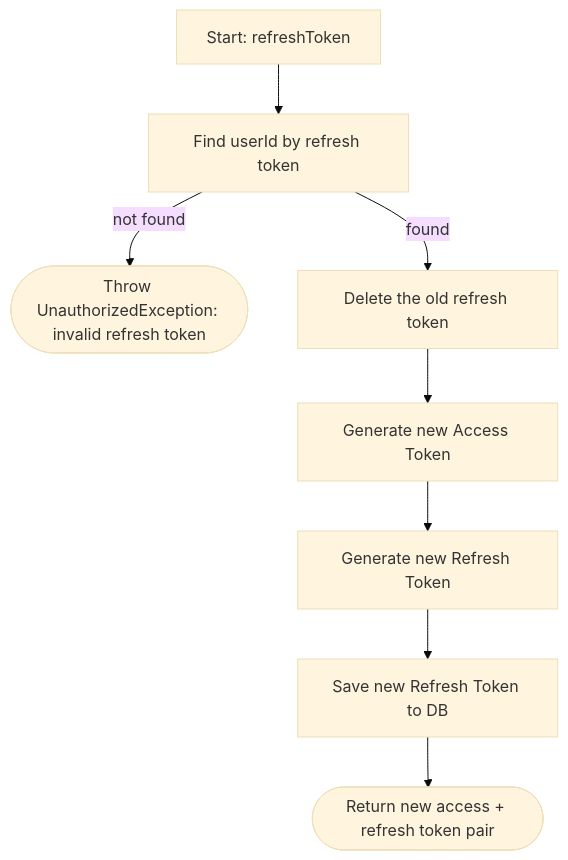
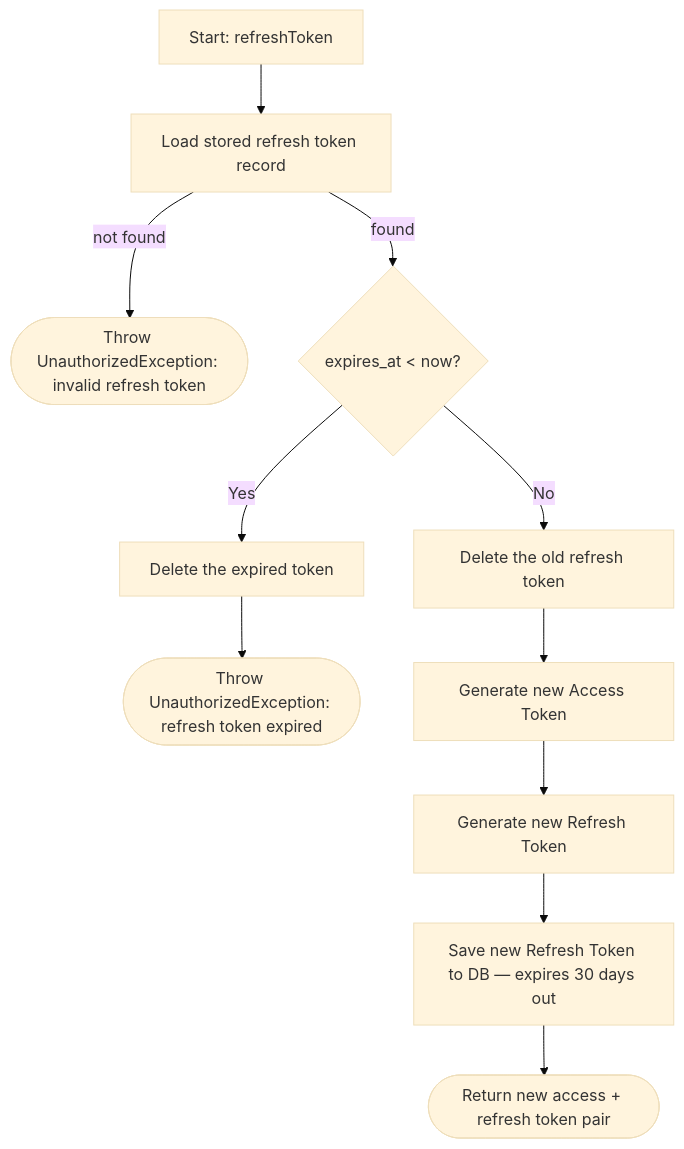
Before and after one commit to ricardofrango/squadify: the sixth of 34 diagrams in PROCESS_FLOWS.md, drawn with Mermaid (base theme). The commit also changed other lines of this file and 9 other files, not shown here.

Commit message:
Fix bugs on refresh token and changed to 30 days the limit for refresh token

````diff
--- a/PROCESS_FLOWS.md
+++ b/PROCESS_FLOWS.md
@@ -143,10 +143,12 @@
 ```mermaid
 graph TD
-    A[Start: refreshToken] --> B[Find userId by refresh token]
+    A[Start: refreshToken] --> B[Load stored refresh token record]
     B -- not found --> U(["Throw UnauthorizedException: invalid refresh token"])
-    B -- found --> C[Delete the old refresh token]
-    C --> D[Generate new Access Token]
-    D --> E[Generate new Refresh Token]
-    E --> F[Save new Refresh Token to DB]
-    F --> Z(["Return new access + refresh token pair"])
+    B -- found --> C{expires_at < now?}
+    C -- Yes --> D[Delete the expired token] --> U2(["Throw UnauthorizedException: refresh token expired"])
+    C -- No --> E[Delete the old refresh token]
+    E --> F[Generate new Access Token]
+    F --> G[Generate new Refresh Token]
+    G --> H[Save new Refresh Token to DB — expires 30 days out]
+    H --> Z(["Return new access + refresh token pair"])
 ```
````
